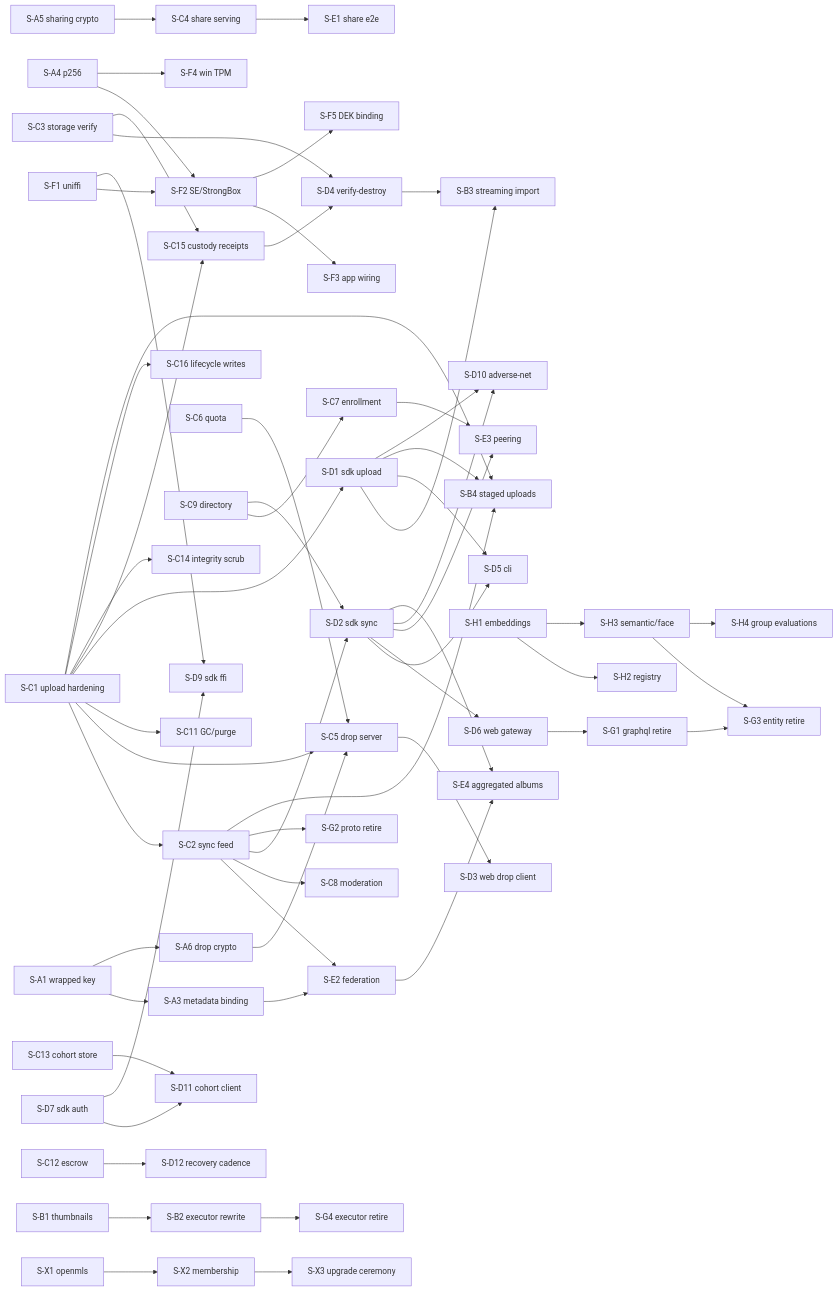
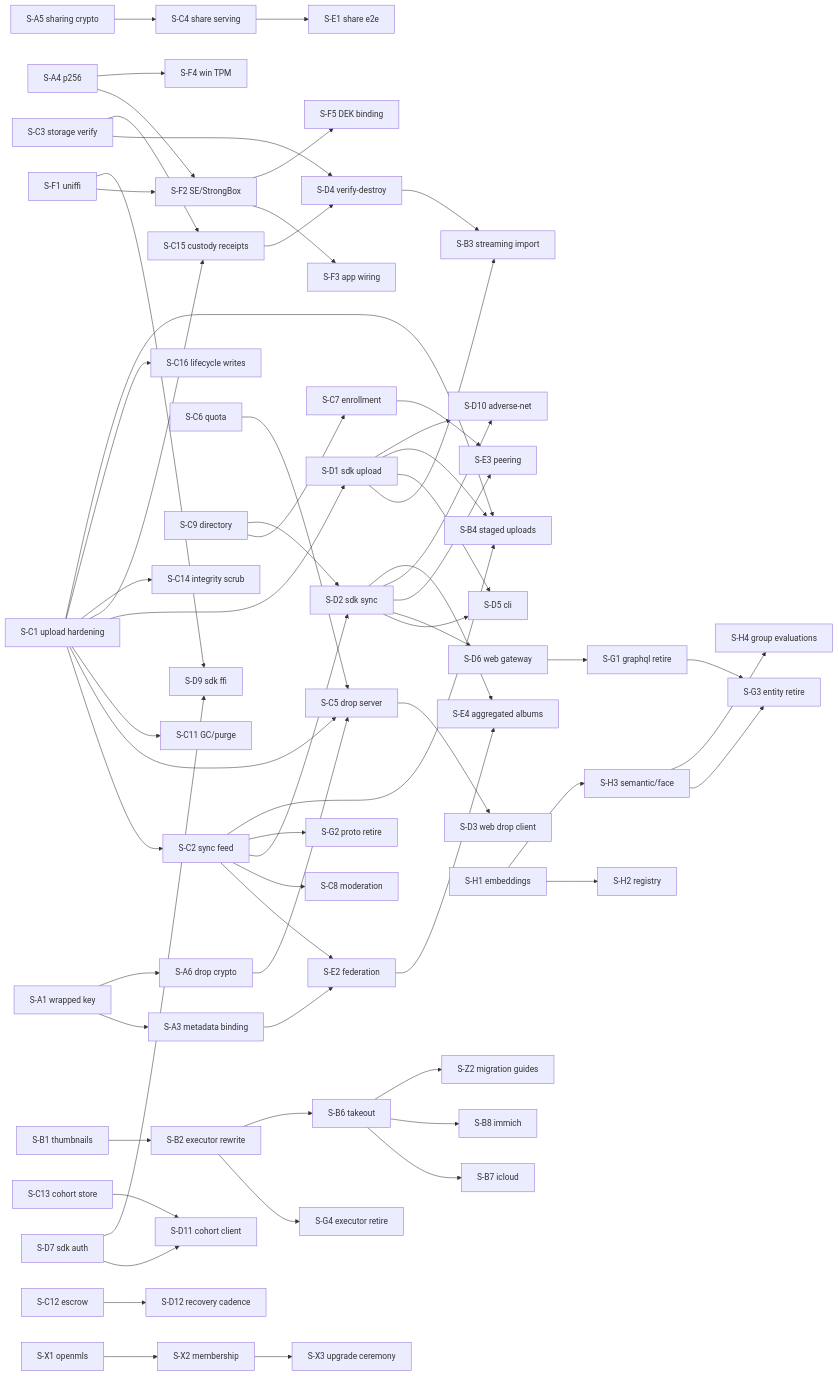
Before and after one commit to Capsulsaurus/Capsule: the diagram in SLICES.md, drawn with Mermaid. The commit also changed other lines of this file and 2 other files, not shown here.

````diff
--- a/SLICES.md
+++ b/SLICES.md
@@ -131,46 +135,49 @@
 ```mermaid
 graph LR
   A1[S-A1 wrapped key] --> A3[S-A3 metadata binding] --> E2[S-E2 federation]
   A1 --> A6[S-A6 drop crypto] --> C5[S-C5 drop server] --> D3[S-D3 web drop client]
   A5[S-A5 sharing crypto] --> C4[S-C4 share serving] --> E1[S-E1 share e2e]
   A4[S-A4 p256] --> F2[S-F2 SE/StrongBox] --> F3[S-F3 app wiring]
   F1[S-F1 uniffi] --> F2
   F2 --> F5[S-F5 DEK binding]
   A4 --> F4[S-F4 win TPM]
   C1[S-C1 upload hardening] --> C2[S-C2 sync feed] --> E2
   C1 --> C5
   C1 --> C11[S-C11 GC/purge]
   C1 --> D1[S-D1 sdk upload]
   C2 --> C8[S-C8 moderation]
   C2 --> D2[S-D2 sdk sync] --> D5[S-D5 cli]
   C2 --> G2[S-G2 proto retire]
   C6[S-C6 quota] --> C5
   C9[S-C9 directory] --> C7[S-C7 enrollment] --> E3[S-E3 peering]
   C9 --> D2 --> D6[S-D6 web gateway] --> G1[S-G1 graphql retire] --> G3[S-G3 entity retire]
   C3[S-C3 storage verify] --> D4[S-D4 verify-destroy] --> B3[S-B3 streaming import]
   C1 --> C15[S-C15 custody receipts]
   C3 --> C15
   C15 --> D4
   C1 --> C14[S-C14 integrity scrub]
   C1 --> C16[S-C16 lifecycle writes]
   D1 --> B3
   D1 --> D5
   D2 --> E3
   B1[S-B1 thumbnails] --> B2[S-B2 executor rewrite] --> G4[S-G4 executor retire]
+  B2 --> B6[S-B6 takeout] --> B7[S-B7 icloud]
+  B6 --> B8[S-B8 immich]
+  B6 --> Z2[S-Z2 migration guides]
   H1[S-H1 embeddings] --> H2[S-H2 registry]
   H1 --> H3[S-H3 semantic/face] --> G3
   X1[S-X1 openmls] --> X2[S-X2 membership] --> X3[S-X3 upgrade ceremony]
   C1 --> B4[S-B4 staged uploads]
   C2 --> B4
   D1 --> B4
   D1 --> D10[S-D10 adverse-net]
   D2 --> D10
   C13[S-C13 cohort store] --> D11[S-D11 cohort client]
   D7[S-D7 sdk auth] --> D11
   D7 --> D9[S-D9 sdk ffi]
   F1 --> D9
   C12[S-C12 escrow] --> D12[S-D12 recovery cadence]
   E2 --> E4[S-E4 aggregated albums]
   D2 --> E4
   H3 --> H4[S-H4 group evaluations]
 ```
````
